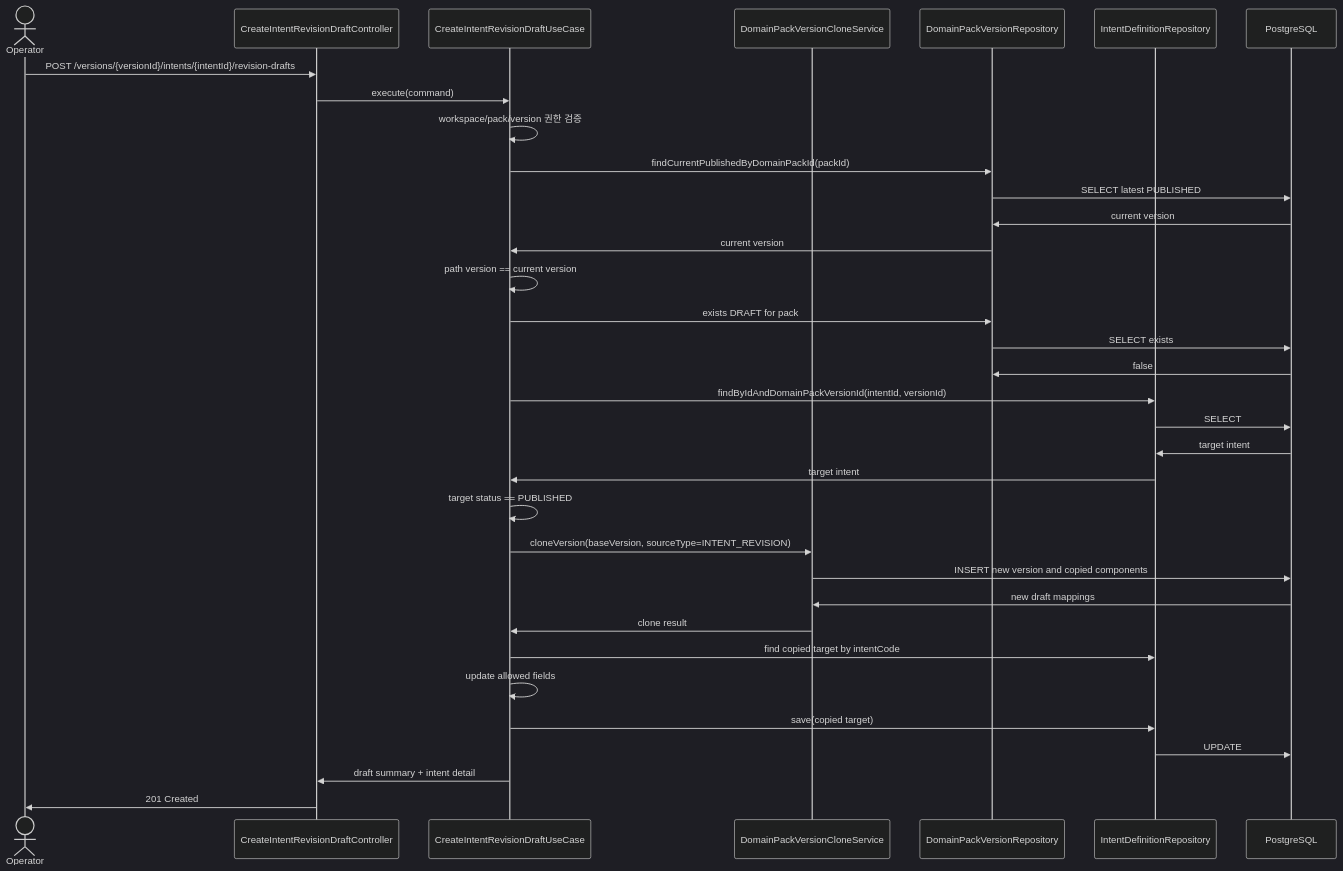
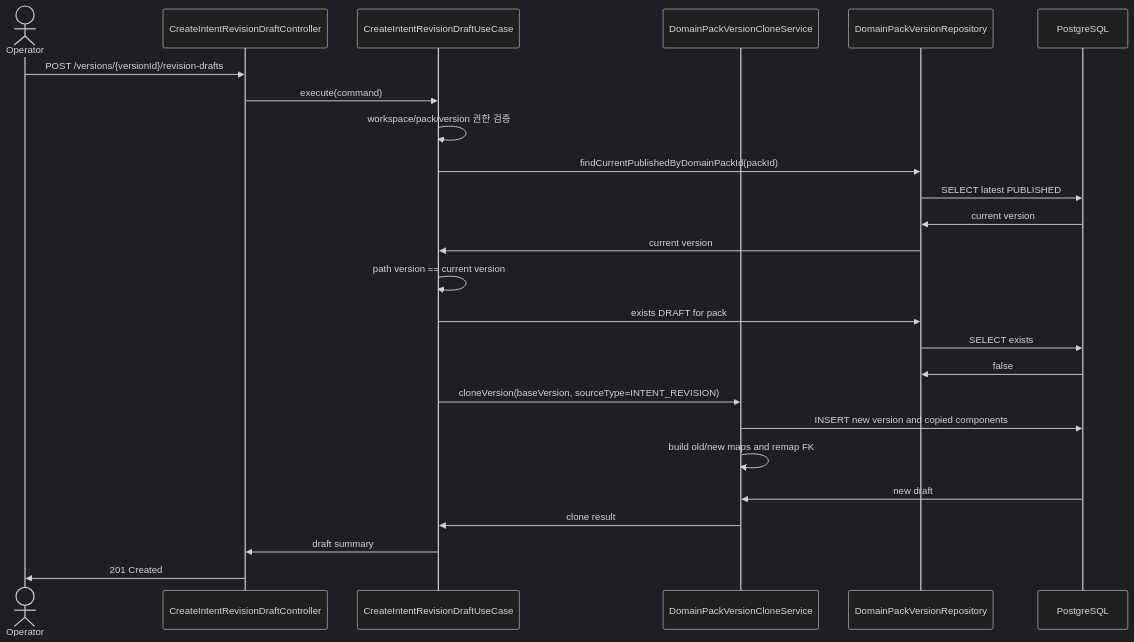
Before and after one commit to ajou-2026-1-capstone-5/ostone: the second of 4 diagrams in .agent/specs/314.md, drawn with Mermaid (dark theme). The commit also changed other lines of this file, not shown here.

Commit message:
docs(domain-pack): define intent revision draft workflow

````diff
--- a/.agent/specs/314.md
+++ b/.agent/specs/314.md
@@ -442,37 +653,28 @@
 ```mermaid
 sequenceDiagram
     actor op as Operator
     participant ctrl as CreateIntentRevisionDraftController
     participant uc as CreateIntentRevisionDraftUseCase
     participant clone as DomainPackVersionCloneService
     participant verRepo as DomainPackVersionRepository
-    participant intRepo as IntentDefinitionRepository
     participant db as PostgreSQL
 
-    op ->> ctrl: POST /versions/{versionId}/intents/{intentId}/revision-drafts
+    op ->> ctrl: POST /versions/{versionId}/revision-drafts
     ctrl ->> uc: execute(command)
     uc ->> uc: workspace/pack/version 권한 검증
     uc ->> verRepo: findCurrentPublishedByDomainPackId(packId)
     verRepo ->> db: SELECT latest PUBLISHED
     db ->> verRepo: current version
     verRepo ->> uc: current version
     uc ->> uc: path version == current version
     uc ->> verRepo: exists DRAFT for pack
     verRepo ->> db: SELECT exists
     db ->> verRepo: false
-    uc ->> intRepo: findByIdAndDomainPackVersionId(intentId, versionId)
-    intRepo ->> db: SELECT
-    db ->> intRepo: target intent
-    intRepo ->> uc: target intent
-    uc ->> uc: target status == PUBLISHED
     uc ->> clone: cloneVersion(baseVersion, sourceType=INTENT_REVISION)
     clone ->> db: INSERT new version and copied components
-    db ->> clone: new draft mappings
+    clone ->> clone: build old/new maps and remap FK
+    db ->> clone: new draft
     clone ->> uc: clone result
-    uc ->> intRepo: find copied target by intentCode
-    uc ->> uc: update allowed fields
-    uc ->> intRepo: save(copied target)
-    intRepo ->> db: UPDATE
-    uc ->> ctrl: draft summary + intent detail
+    uc ->> ctrl: draft summary
     ctrl ->> op: 201 Created
 ```
````
